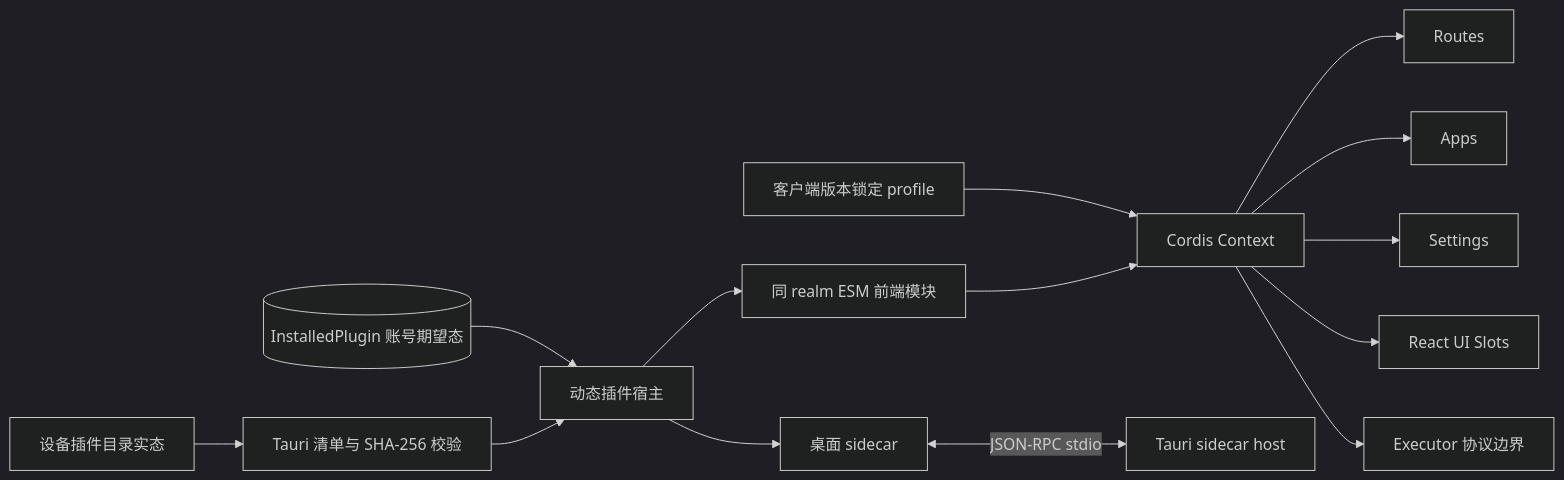
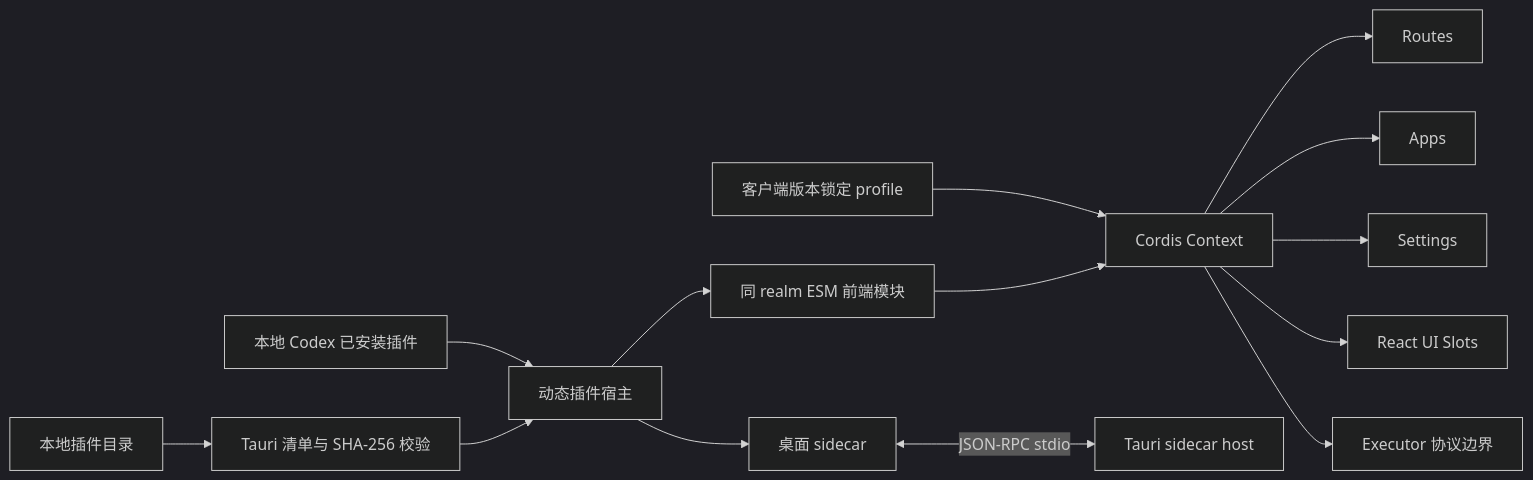
One commit to wecode-ai/Wegent changed the first of 2 diagrams in docs/zh/architecture/workbench-plugin-runtime.md. Above: the diagram before and after it, drawn with Mermaid (dark theme). The commit also changed other lines of this file and 16 other files, not shown here.

````diff
--- a/docs/zh/architecture/workbench-plugin-runtime.md
+++ b/docs/zh/architecture/workbench-plugin-runtime.md
@@ -9,16 +9,16 @@
 ```mermaid
 flowchart LR
     PROFILE[客户端版本锁定 profile] --> CONTEXT[Cordis Context]
-    DESIRED[(InstalledPlugin 账号期望态)] --> HOST[动态插件宿主]
-    ROOTS[设备插件目录实态] --> SCAN[Tauri 清单与 SHA-256 校验]
+    INSTALLED[本地 Codex 已安装插件] --> HOST[动态插件宿主]
+    ROOTS[本地插件目录] --> SCAN[Tauri 清单与 SHA-256 校验]
     SCAN --> HOST
     HOST --> MODULE[同 realm ESM 前端模块]
     HOST --> SIDECAR[桌面 sidecar]
     MODULE --> CONTEXT
     CONTEXT --> ROUTES[Routes]
     CONTEXT --> APPS[Apps]
     CONTEXT --> SETTINGS[Settings]
     CONTEXT --> SLOTS[React UI Slots]
     SIDECAR <-->|JSON-RPC stdio| TAURI[Tauri sidecar host]
     CONTEXT --> EXECUTOR[Executor 协议边界]
 ```
````
